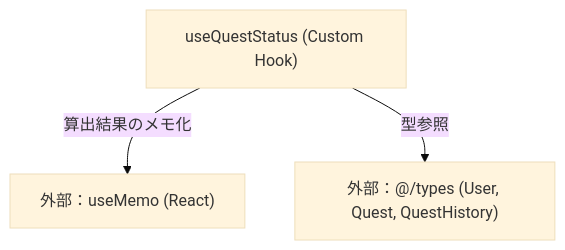
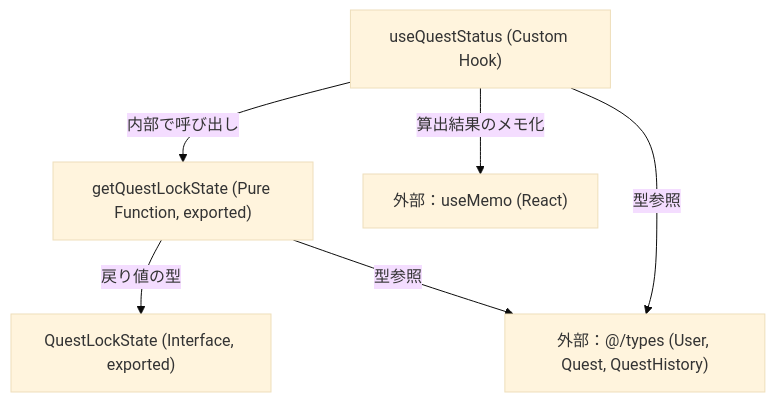
Before and after one commit to mmtigers/my_python_project: the second of 2 diagrams in docs/specifications/family-quest/src/features/quest/hooks/useQuestStatus.md, drawn with Mermaid (base theme). The commit also changed other lines of this file and 4 other files, not shown here.

````diff
--- a/docs/specifications/family-quest/src/features/quest/hooks/useQuestStatus.md
+++ b/docs/specifications/family-quest/src/features/quest/hooks/useQuestStatus.md
@@ -104,10 +148,15 @@
 ```mermaid
 graph TD
     useQuestStatus["useQuestStatus (Custom Hook)"]
+    getQuestLockState["getQuestLockState (Pure Function, exported)"]
+    QuestLockState["QuestLockState (Interface, exported)"]
     useMemo["外部：useMemo (React)"]
     Types["外部：@/types (User, Quest, QuestHistory)"]
 
+    useQuestStatus -->|内部で呼び出し| getQuestLockState
     useQuestStatus -->|算出結果のメモ化| useMemo
     useQuestStatus -->|型参照| Types
+    getQuestLockState -->|戻り値の型| QuestLockState
+    getQuestLockState -->|型参照| Types
 
 ```
````
